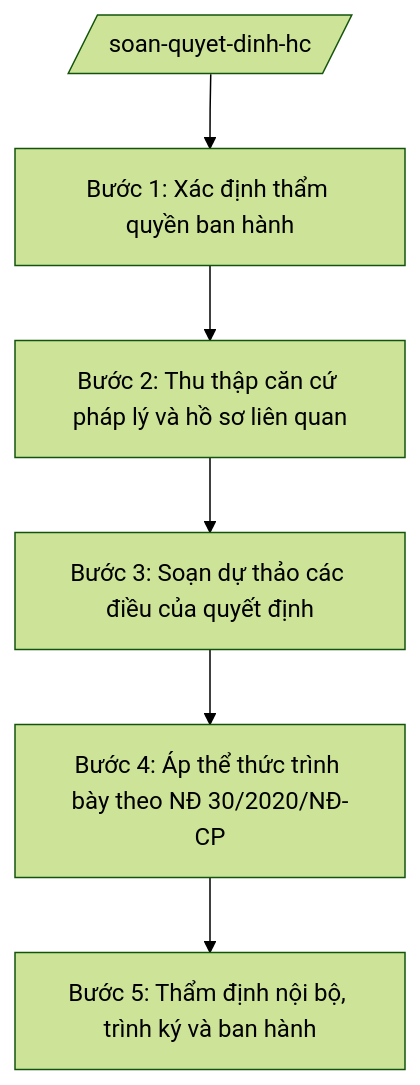
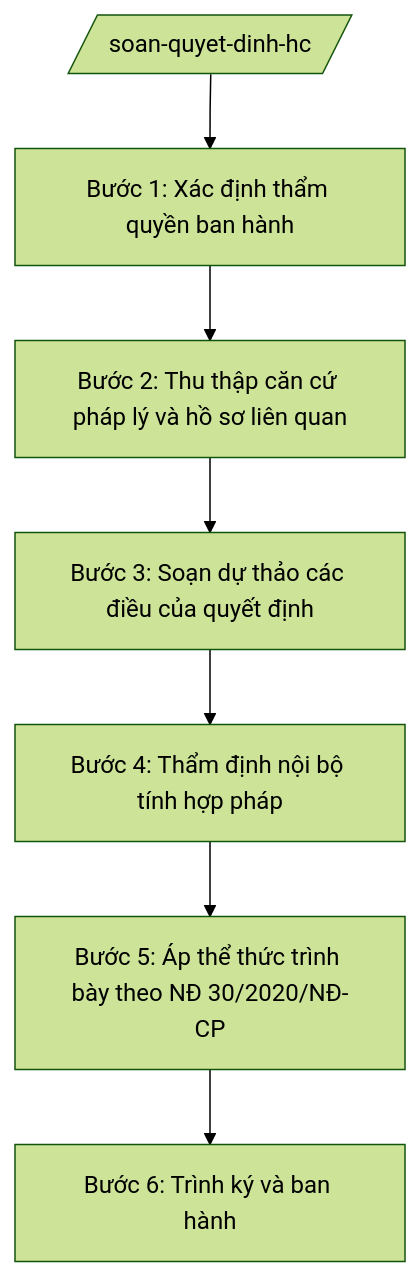
One commit to phamtruong91/gov-skills-framework changed the diagram in skills/soan-quyet-dinh-hc/SKILL.md. Above: the diagram before and after it, drawn with Mermaid (forest theme). The commit also changed other lines of this file and 235 other files, not shown here.

````diff
--- a/skills/soan-quyet-dinh-hc/SKILL.md
+++ b/skills/soan-quyet-dinh-hc/SKILL.md
@@ -77,9 +88,10 @@
 ```mermaid
 flowchart TD
     IN[/"soan-quyet-dinh-hc"/]
     IN --> B1["Bước 1: Xác định thẩm quyền ban hành"]
     B1 --> B2["Bước 2: Thu thập căn cứ pháp lý và hồ sơ liên quan"]
     B2 --> B3["Bước 3: Soạn dự thảo các điều của quyết định"]
-    B3 --> B4["Bước 4: Áp thể thức trình bày theo NĐ 30/2020/NĐ-CP"]
-    B4 --> B5["Bước 5: Thẩm định nội bộ, trình ký và ban hành"]
+    B3 --> B4["Bước 4: Thẩm định nội bộ tính hợp pháp"]
+    B4 --> B5["Bước 5: Áp thể thức trình bày theo NĐ 30/2020/NĐ-CP"]
+    B5 --> B6["Bước 6: Trình ký và ban hành"]
 ```
````
